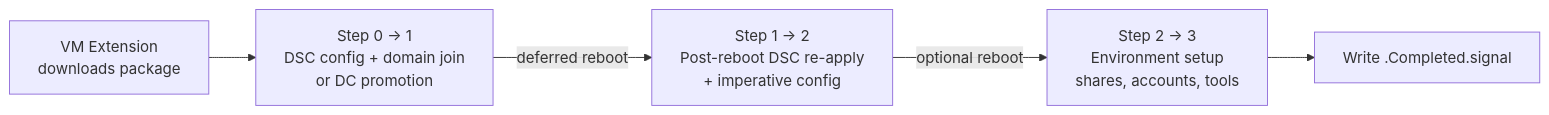
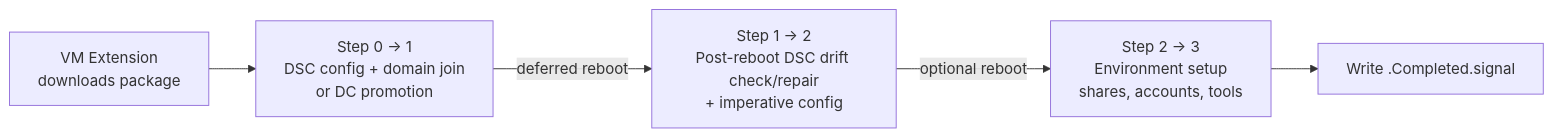
Before and after one commit to microsoft/WindowsProtocolTestSuites: the fourth of 4 diagrams in TestSuites/FileServer/azure-automation/README.md, drawn with Mermaid. The commit also changed other lines of this file and 49 other files, not shown here.

````diff
--- a/TestSuites/FileServer/azure-automation/README.md
+++ b/TestSuites/FileServer/azure-automation/README.md
@@ -171,13 +175,13 @@
 ```mermaid
 flowchart LR
     ext[VM Extension<br/>downloads package] --> step0
 
     step0[Step 0 → 1<br/>DSC config + domain join<br/>or DC promotion]
     step0 -- deferred reboot --> step1
 
-    step1[Step 1 → 2<br/>Post-reboot DSC re-apply<br/>+ imperative config]
+    step1[Step 1 → 2<br/>Post-reboot DSC drift check/repair<br/>+ imperative config]
     step1 -- optional reboot --> step2
 
     step2[Step 2 → 3<br/>Environment setup<br/>shares, accounts, tools]
     step2 --> signal[Write .Completed.signal]
 ```
````
